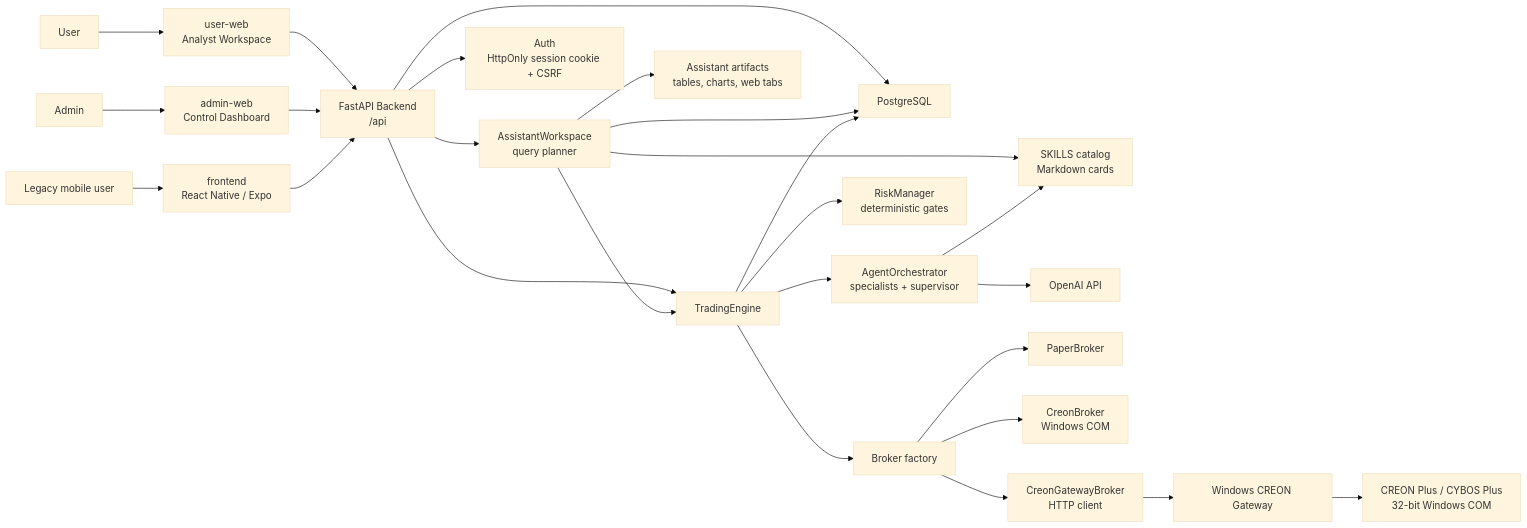
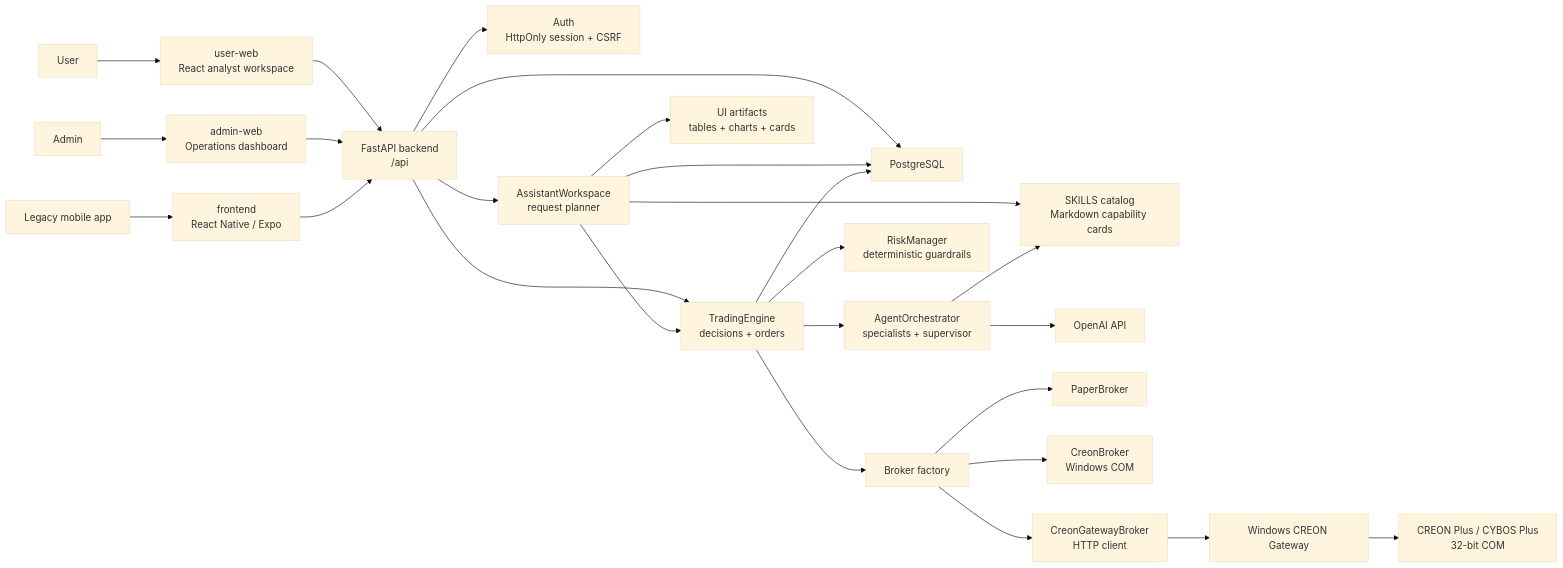
The first of 3 diagrams in README.md (dae9999nam/Trade-Pilot), drawn with Mermaid (base theme) before and after one commit. The commit also changed other lines of this file and 9 other files, not shown here.

Commit message:
feat(gateway): Gateway for CREON Plus stabilization completed

````diff
--- a/README.md
+++ b/README.md
@@ -32,33 +37,33 @@
 ```mermaid
 flowchart LR
-  User["User"] --> UserWeb["user-web<br/>Analyst Workspace"]
-  Admin["Admin"] --> AdminWeb["admin-web<br/>Control Dashboard"]
-  Mobile["Legacy mobile user"] --> MobileApp["frontend<br/>React Native / Expo"]
+  User["User"] --> UserWeb["user-web<br/>React analyst workspace"]
+  Admin["Admin"] --> AdminWeb["admin-web<br/>Operations dashboard"]
+  Mobile["Legacy mobile app"] --> MobileApp["frontend<br/>React Native / Expo"]
 
-  UserWeb --> API["FastAPI Backend<br/>/api"]
+  UserWeb --> API["FastAPI backend<br/>/api"]
   AdminWeb --> API
   MobileApp --> API
 
-  API --> Assistant["AssistantWorkspace<br/>query planner"]
-  API --> Engine["TradingEngine"]
-  API --> Auth["Auth<br/>HttpOnly session cookie + CSRF"]
+  API --> Auth["Auth<br/>HttpOnly session + CSRF"]
+  API --> Assistant["AssistantWorkspace<br/>request planner"]
+  API --> Engine["TradingEngine<br/>decisions + orders"]
   API --> DB["PostgreSQL"]
 
-  Assistant --> Skills["SKILLS catalog<br/>Markdown cards"]
+  Assistant --> Skills["SKILLS catalog<br/>Markdown capability cards"]
+  Assistant --> DB
   Assistant --> Engine
-  Assistant --> DB
-  Assistant --> Artifacts["Assistant artifacts<br/>tables, charts, web tabs"]
+  Assistant --> Artifacts["UI artifacts<br/>tables + charts + cards"]
 
   Engine --> Orchestrator["AgentOrchestrator<br/>specialists + supervisor"]
   Orchestrator --> Skills
   Orchestrator --> OpenAI["OpenAI API"]
-  Engine --> Risk["RiskManager<br/>deterministic gates"]
+  Engine --> Risk["RiskManager<br/>deterministic guardrails"]
+  Engine --> BrokerFactory["Broker factory"]
   Engine --> DB
-  Engine --> BrokerFactory["Broker factory"]
 
   BrokerFactory --> Paper["PaperBroker"]
   BrokerFactory --> CreonDirect["CreonBroker<br/>Windows COM"]
   BrokerFactory --> CreonGatewayBroker["CreonGatewayBroker<br/>HTTP client"]
   CreonGatewayBroker --> Gateway["Windows CREON Gateway"]
-  Gateway --> Creon["CREON Plus / CYBOS Plus<br/>32-bit Windows COM"]
+  Gateway --> Creon["CREON Plus / CYBOS Plus<br/>32-bit COM"]
 ```
````
